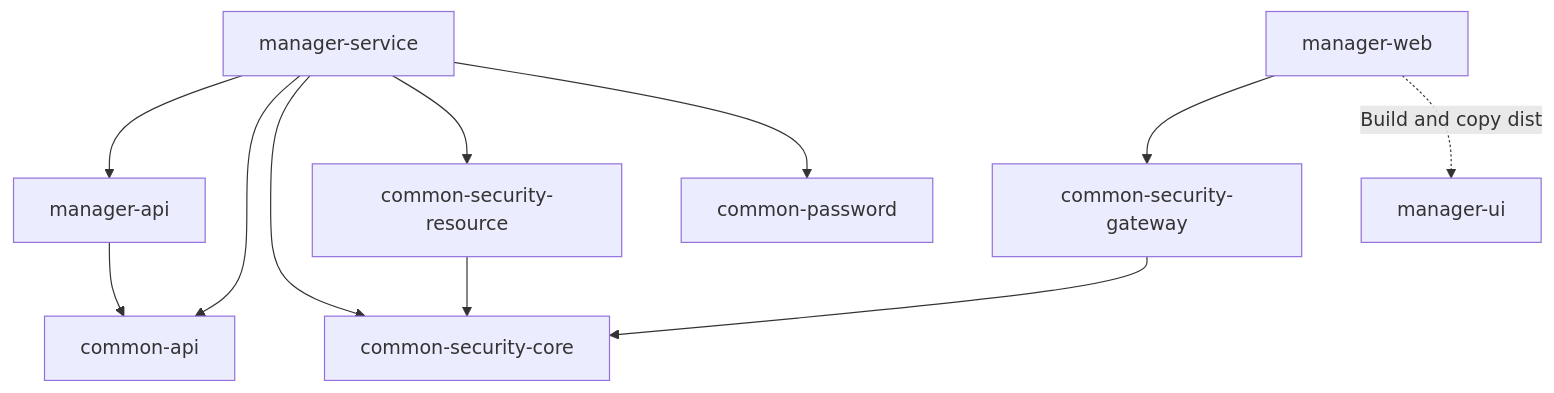
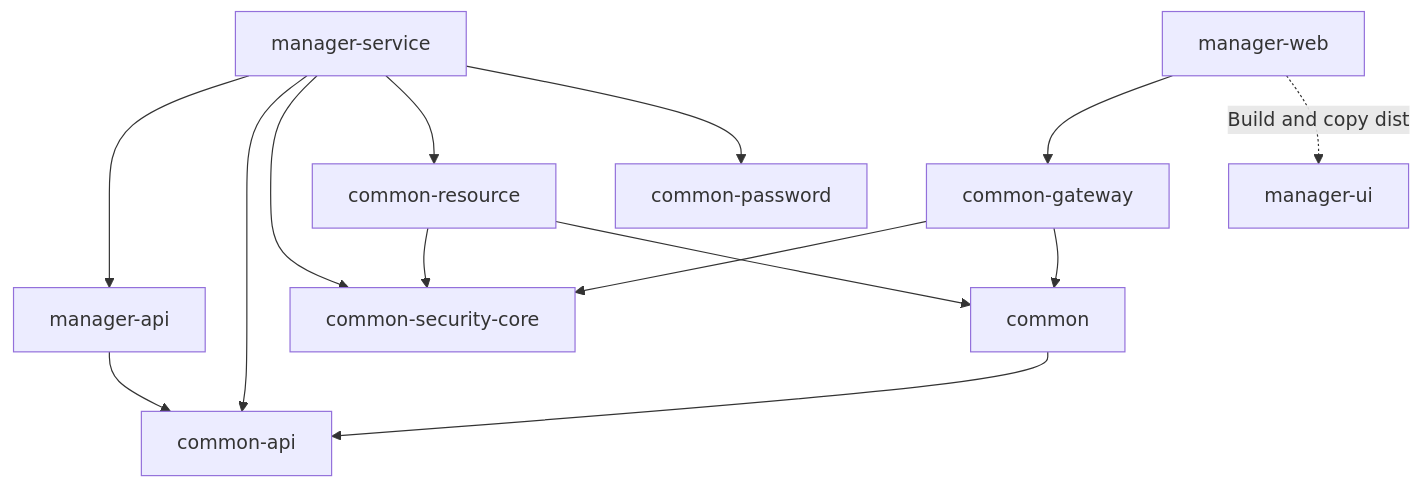
Before and after one commit to bbcdabao/baosys: the second of 2 diagrams in docs/architecture/system_architecture.en.md, drawn with Mermaid. The commit also changed other lines of this file and 163 other files, not shown here.

````diff
--- a/docs/architecture/system_architecture.en.md
+++ b/docs/architecture/system_architecture.en.md
@@ -40,13 +40,16 @@
 ```mermaid
 flowchart TD
-    Resource["common-security-resource"] --> Core["common-security-core"]
-    Gateway["common-security-gateway"] --> Core
+    Resource["common-resource"] --> Core["common-security-core"]
+    Gateway["common-gateway"] --> Core
+    Resource --> Common["common"]
+    Gateway --> Common
+    Common --> CommonApi["common-api"]
     Api["manager-api"] --> CommonApi["common-api"]
     Service["manager-service"] --> Api
     Service --> CommonApi
     Service --> Core
     Service --> Resource
     Service --> Password["common-password"]
     Web["manager-web"] --> Gateway
     Web -. "Build and copy dist" .-> UI["manager-ui"]
 ```
````
